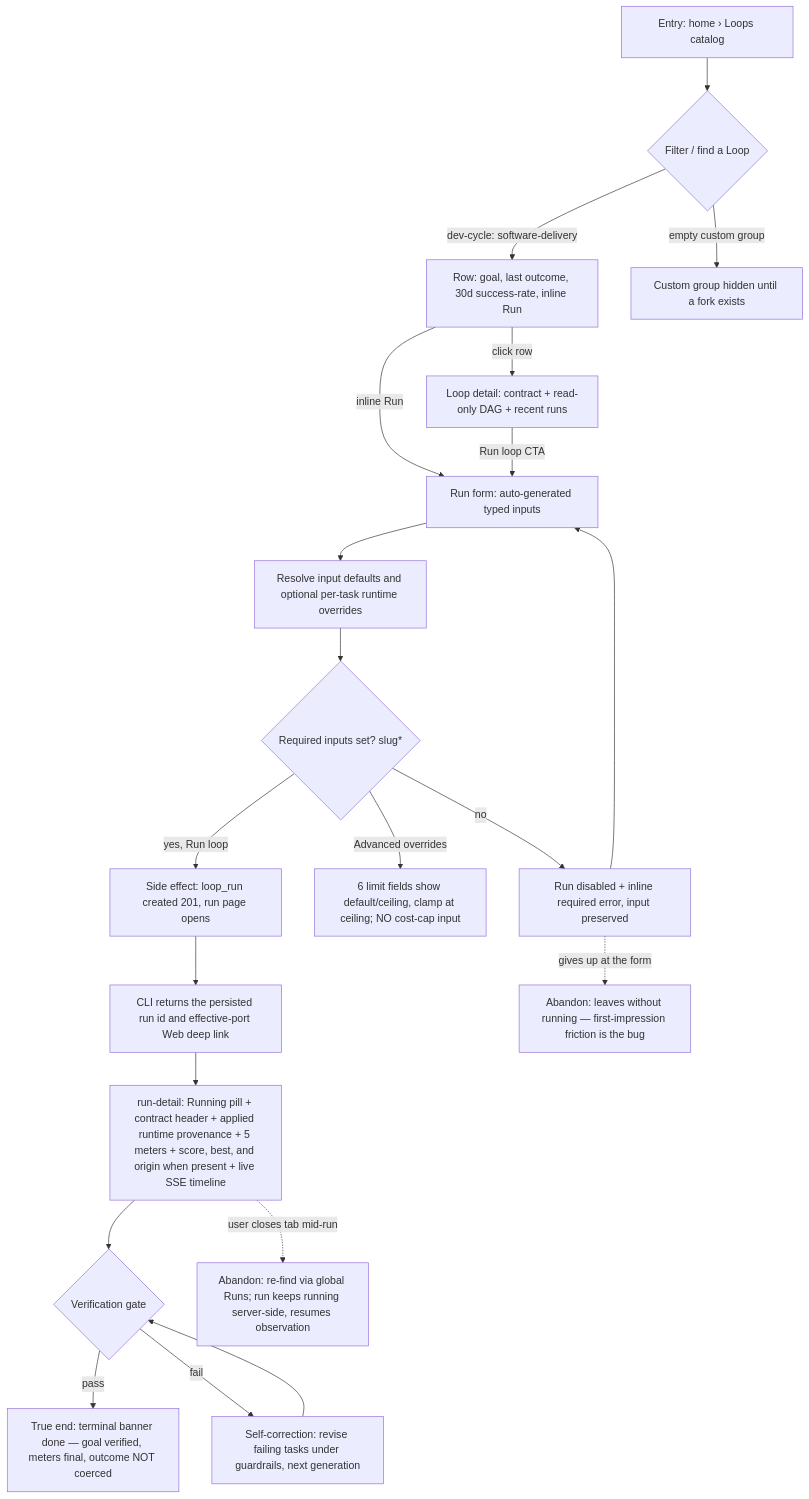
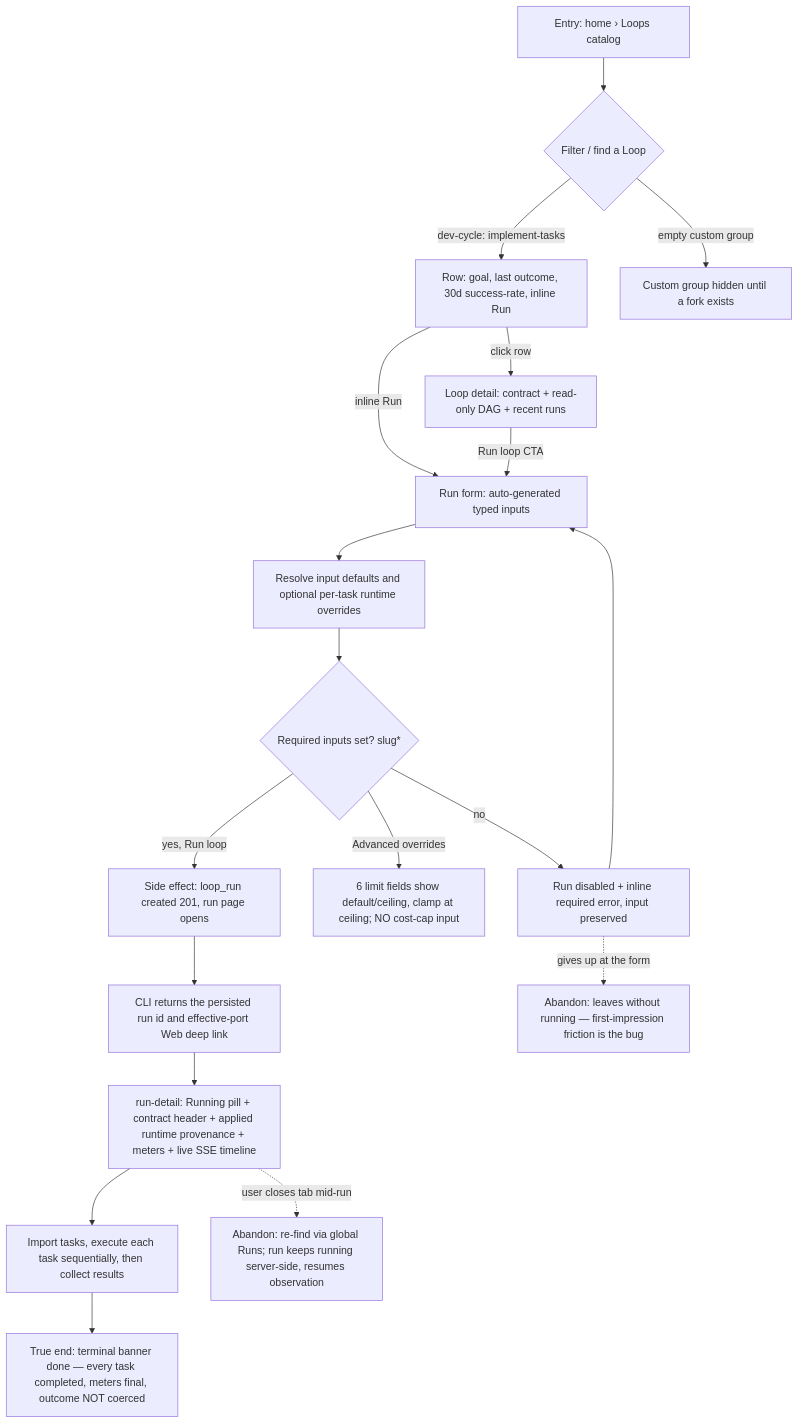
Before and after one commit to compozy/compozy: the diagram in docs/qa/journeys/J-01-arrive-and-use-run.md, drawn with Mermaid. The commit also changed other lines of this file and 91 other files, not shown here.

First line of the commit message:
feat: replace software-delivery with implement-tasks

````diff
--- a/docs/qa/journeys/J-01-arrive-and-use-run.md
+++ b/docs/qa/journeys/J-01-arrive-and-use-run.md
@@ -9,23 +9,21 @@
 ```mermaid
 flowchart TD
     A[Entry: home › Loops catalog] --> B{Filter / find a Loop}
-    B -->|dev-cycle: software-delivery| C[Row: goal, last outcome, 30d success-rate, inline Run]
+    B -->|dev-cycle: implement-tasks| C[Row: goal, last outcome, 30d success-rate, inline Run]
     B -->|empty custom group| B2[Custom group hidden until a fork exists]
     C -->|click row| D[Loop detail: contract + read-only DAG + recent runs]
     C -->|inline Run| E[Run form: auto-generated typed inputs]
     D -->|Run loop CTA| E
     E --> R[Resolve input defaults and optional per-task runtime overrides]
     R --> F{Required inputs set? slug*}
     F -->|no| F2[Run disabled + inline required error, input preserved]
     F2 --> E
     F -->|Advanced overrides| G[6 limit fields show default/ceiling, clamp at ceiling; NO cost-cap input]
     F -->|yes, Run loop| H[Side effect: loop_run created 201, run page opens]
     H --> H2[CLI returns the persisted run id and effective-port Web deep link]
-    H2 --> I[run-detail: Running pill + contract header + applied runtime provenance + 5 meters + score, best, and origin when present + live SSE timeline]
-    I --> J{Verification gate}
-    J -->|pass| K[True end: terminal banner done — goal verified, meters final, outcome NOT coerced]
-    J -->|fail| L[Self-correction: revise failing tasks under guardrails, next generation]
-    L --> J
+    H2 --> I[run-detail: Running pill + contract header + applied runtime provenance + meters + live SSE timeline]
+    I --> J[Import tasks, execute each task sequentially, then collect results]
+    J --> K[True end: terminal banner done — every task completed, meters final, outcome NOT coerced]
     I -.->|user closes tab mid-run| X1[Abandon: re-find via global Runs; run keeps running server-side, resumes observation]
     F2 -.->|gives up at the form| X2[Abandon: leaves without running — first-impression friction is the bug]
 ```
````
